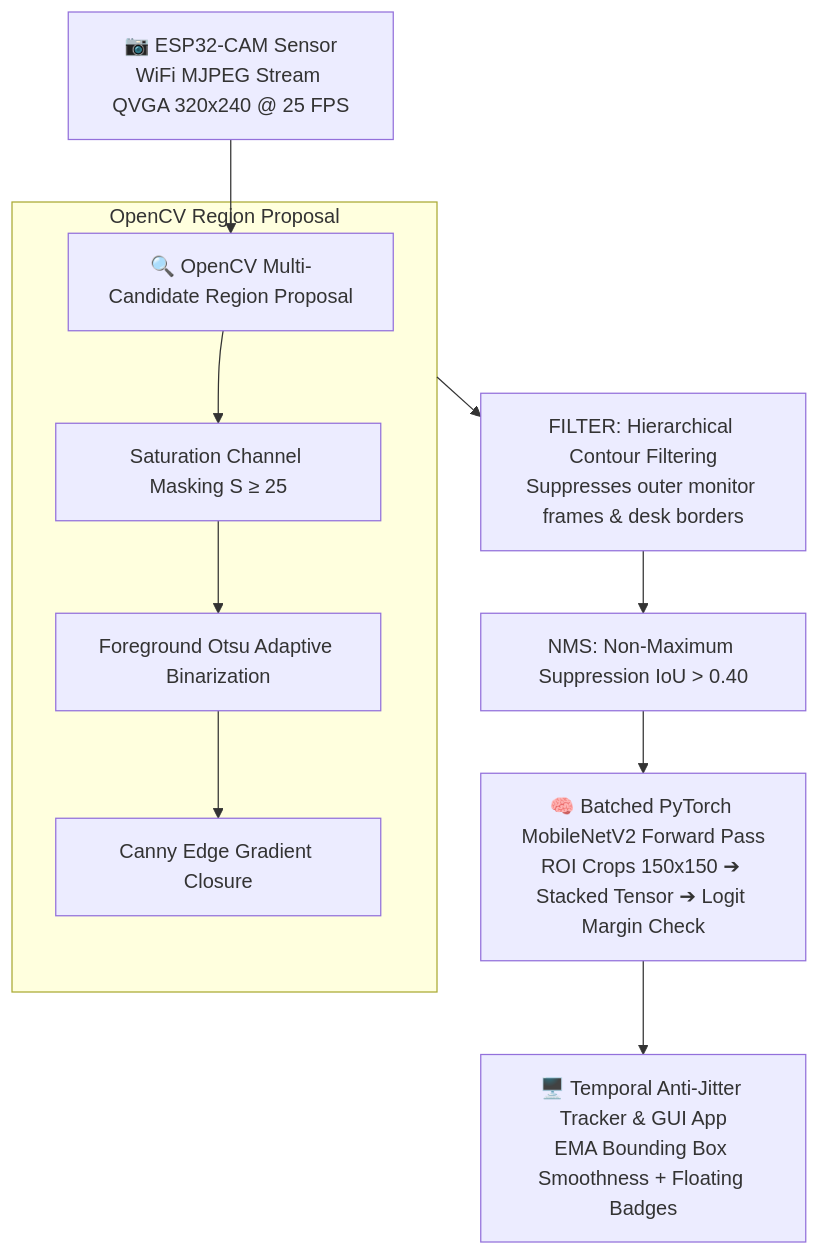
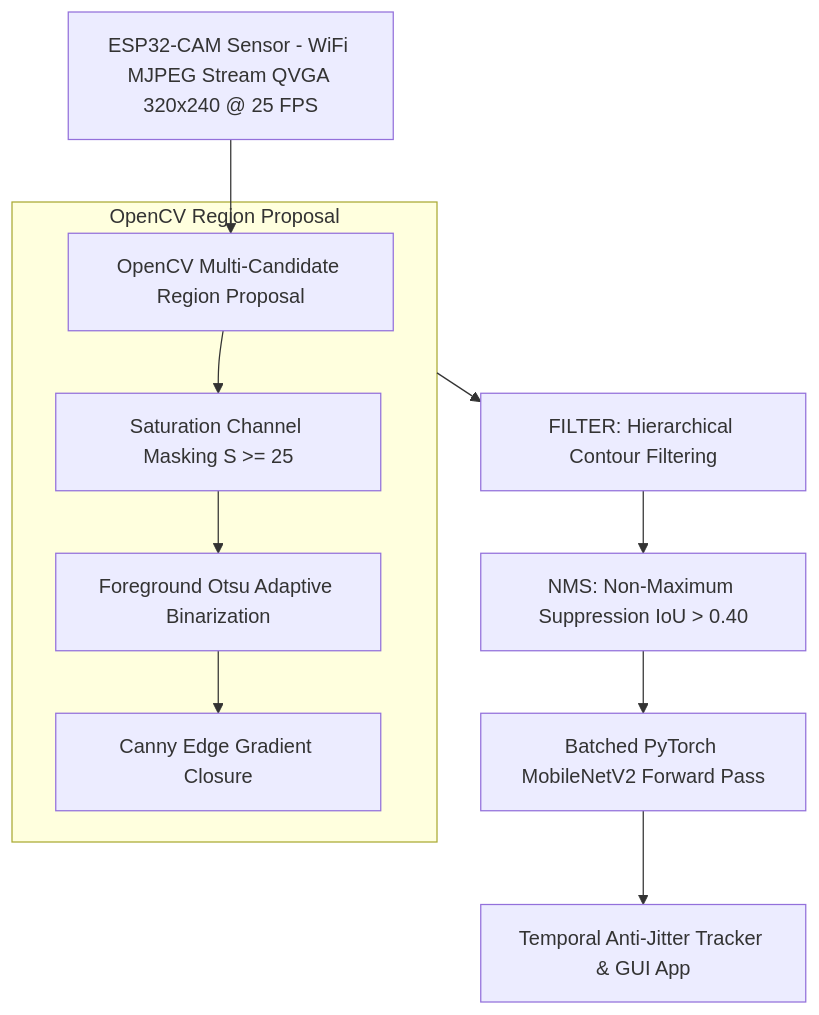
Before and after one commit to LuigiLuigi2401/esp-32-Fruit-Spoilage-Detector: the diagram in README.md, drawn with Mermaid.

Commit message:
fix(docs): quote Mermaid node labels and subgraphs for strict GitHub parser compatibility

````diff
--- a/README.md
+++ b/README.md
@@ -24,17 +24,17 @@
 ```mermaid
 flowchart TD
-    A[📷 ESP32-CAM Sensor<br>WiFi MJPEG Stream QVGA 320x240 @ 25 FPS] --> B[🔍 OpenCV Multi-Candidate Region Proposal]
+    A["ESP32-CAM Sensor - WiFi MJPEG Stream QVGA 320x240 @ 25 FPS"] --> B["OpenCV Multi-Candidate Region Proposal"]
     
-    subgraph Candidate_Proposal [OpenCV Region Proposal]
-        B --> B1[Saturation Channel Masking S ≥ 25]
-        B1 --> B2[Foreground Otsu Adaptive Binarization]
-        B2 --> B3[Canny Edge Gradient Closure]
+    subgraph Candidate_Proposal ["OpenCV Region Proposal"]
+        B --> B1["Saturation Channel Masking S >= 25"]
+        B1 --> B2["Foreground Otsu Adaptive Binarization"]
+        B2 --> B3["Canny Edge Gradient Closure"]
     end
 
-    Candidate_Proposal --> C[FILTER: Hierarchical Contour Filtering<br>Suppresses outer monitor frames & desk borders]
-    C --> D[NMS: Non-Maximum Suppression IoU > 0.40]
+    Candidate_Proposal --> C["FILTER: Hierarchical Contour Filtering"]
+    C --> D["NMS: Non-Maximum Suppression IoU > 0.40"]
     
-    D --> E[🧠 Batched PyTorch MobileNetV2 Forward Pass<br>ROI Crops 150x150 ➔ Stacked Tensor ➔ Logit Margin Check]
+    D --> E["Batched PyTorch MobileNetV2 Forward Pass"]
     
-    E --> F[🖥️ Temporal Anti-Jitter Tracker & GUI App<br>EMA Bounding Box Smoothness + Floating Badges]
+    E --> F["Temporal Anti-Jitter Tracker & GUI App"]
 ```
````
